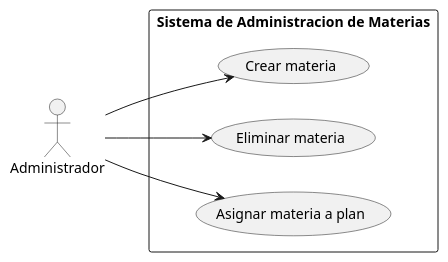
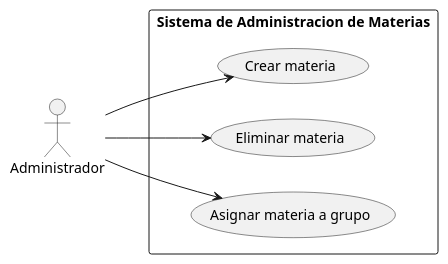
Before and after one commit to CORNIIO19/Adm-Escuela: the diagram in CU_Control_de_Materias/CU_Administracion_de_Materias.puml, drawn with PlantUML. The commit also changed 2 other files, not shown here.

```diff
--- a/CU_Control_de_Materias/CU_Administracion_de_Materias.puml
+++ b/CU_Control_de_Materias/CU_Administracion_de_Materias.puml
@@ -1,19 +1,19 @@
 @startuml
 left to right direction
 skinparam packageStyle rectangle
 
 actor Administrador
 
 package "Sistema de Administracion de Materias" {
   
   usecase "Crear materia" as UC1
   usecase "Eliminar materia" as UC2
-  usecase "Asignar materia a plan" as UC3
+  usecase "Asignar materia a grupo" as UC3
 
 
   Administrador --> UC1
   Administrador --> UC2
   Administrador --> UC3
 }
 
 @enduml
```
